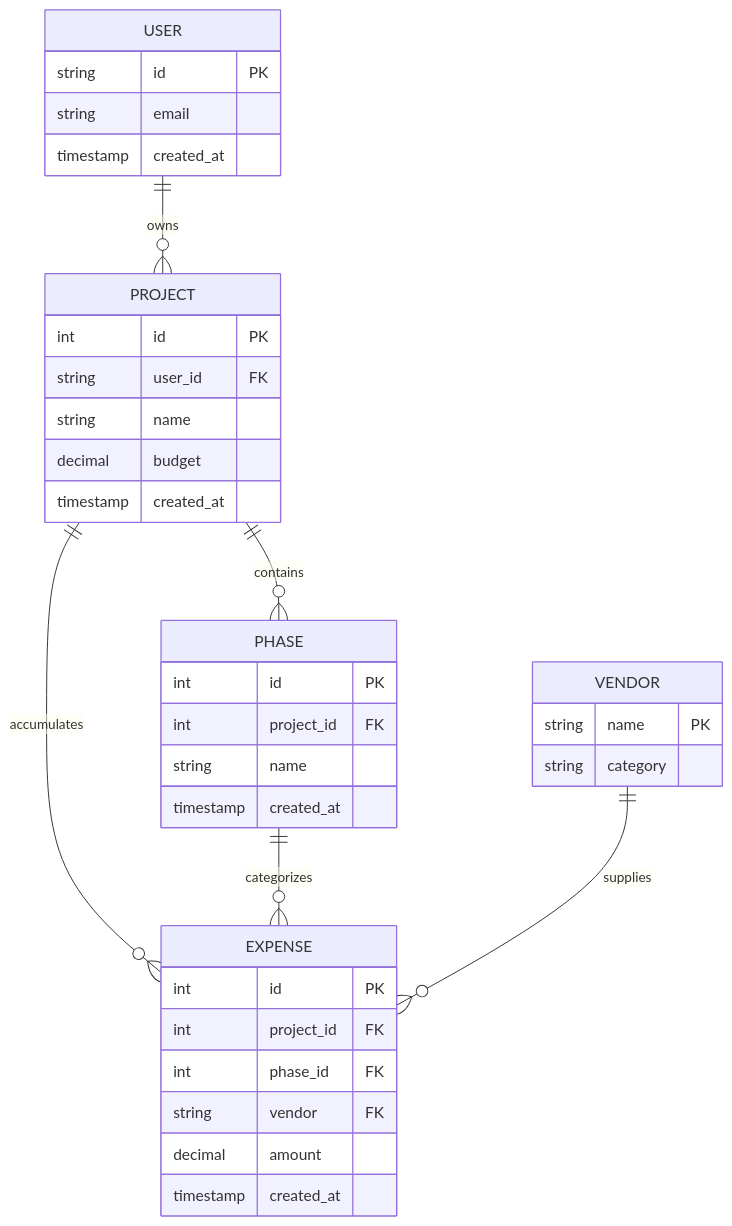
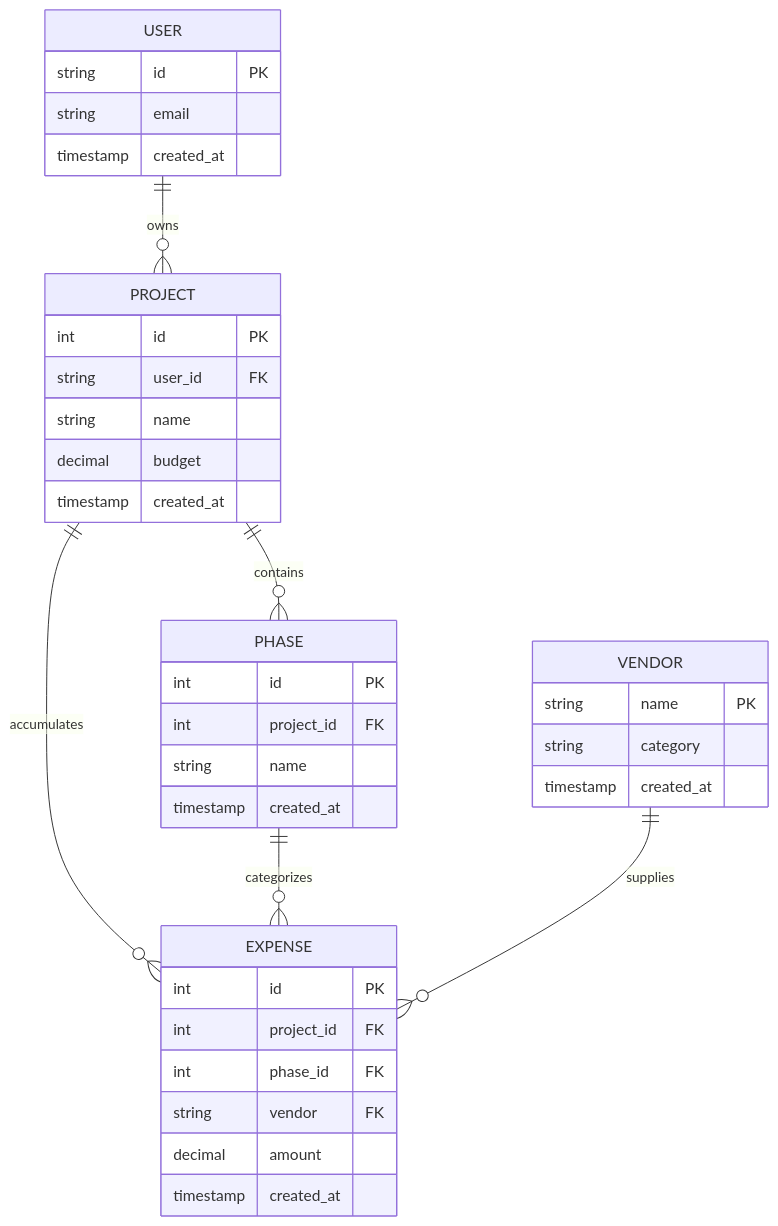
One commit to Faizee669/Buildtrackpro changed the second of 2 diagrams in README.md. Above: the diagram before and after it, drawn with Mermaid. The commit also changed other lines of this file and 3 other files, not shown here.

````diff
--- a/README.md
+++ b/README.md
@@ -64,39 +33,40 @@
 ```mermaid
 erDiagram
     USER ||--o{ PROJECT : "owns"
     PROJECT ||--o{ PHASE : "contains"
     PROJECT ||--o{ EXPENSE : "accumulates"
     PHASE ||--o{ EXPENSE : "categorizes"
     VENDOR ||--o{ EXPENSE : "supplies"
 
     USER {
         string id PK
         string email
         timestamp created_at
     }
     PROJECT {
         int id PK
         string user_id FK
         string name
         decimal budget
         timestamp created_at
     }
     PHASE {
         int id PK
         int project_id FK
         string name
         timestamp created_at
     }
     EXPENSE {
         int id PK
         int project_id FK
         int phase_id FK
         string vendor FK
         decimal amount
         timestamp created_at
     }
     VENDOR {
         string name PK
         string category
+        timestamp created_at
     }
 ```
````
